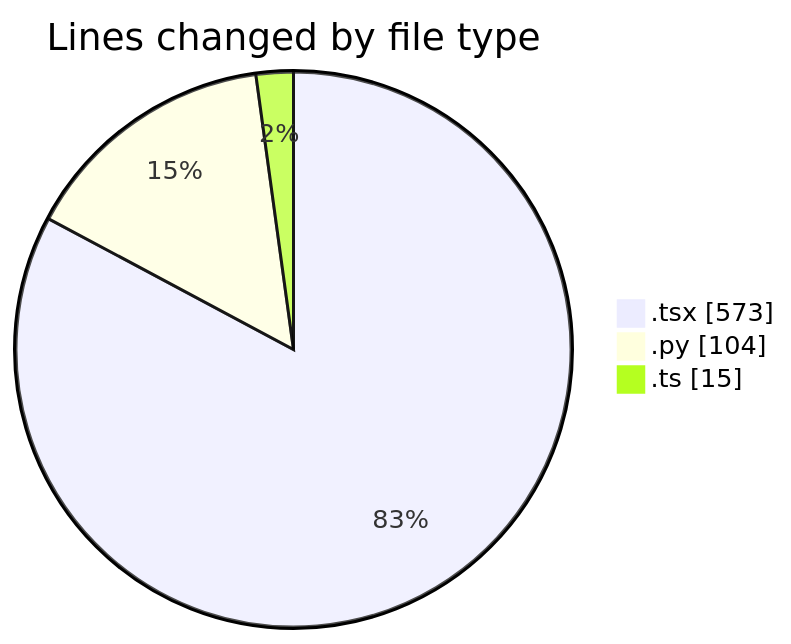
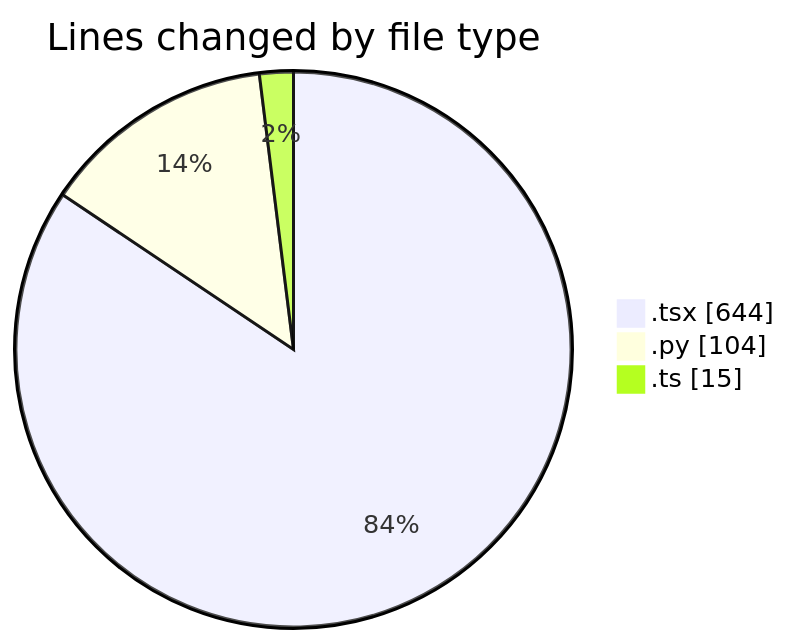
Before and after one commit to Ritupan-Deka/code-tracking: the first of 2 diagrams in 2025-06-24/scopecraft/README.md, drawn with Mermaid. The commit also changed other lines of this file and 1 other file, not shown here.

````diff
--- a/2025-06-24/scopecraft/README.md
+++ b/2025-06-24/scopecraft/README.md
@@ -28,7 +29,7 @@
 ```mermaid
 pie showData
 title Lines changed by file type
-".tsx" : 573
+".tsx" : 644
 ".py" : 104
 ".ts" : 15
 ```
````
